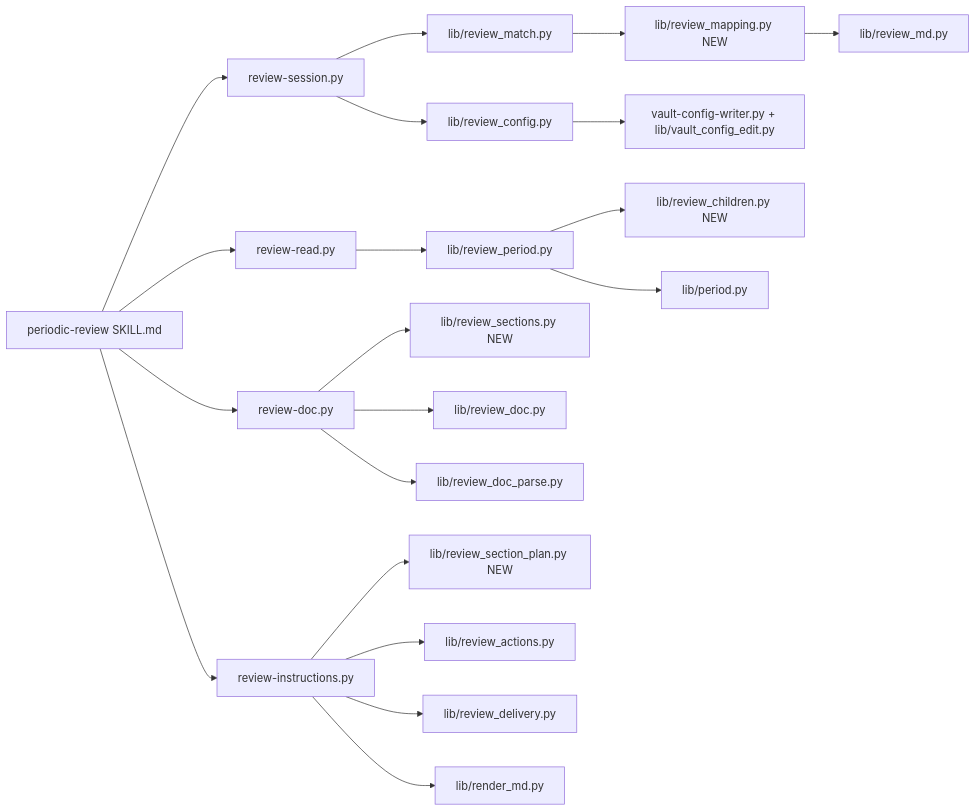
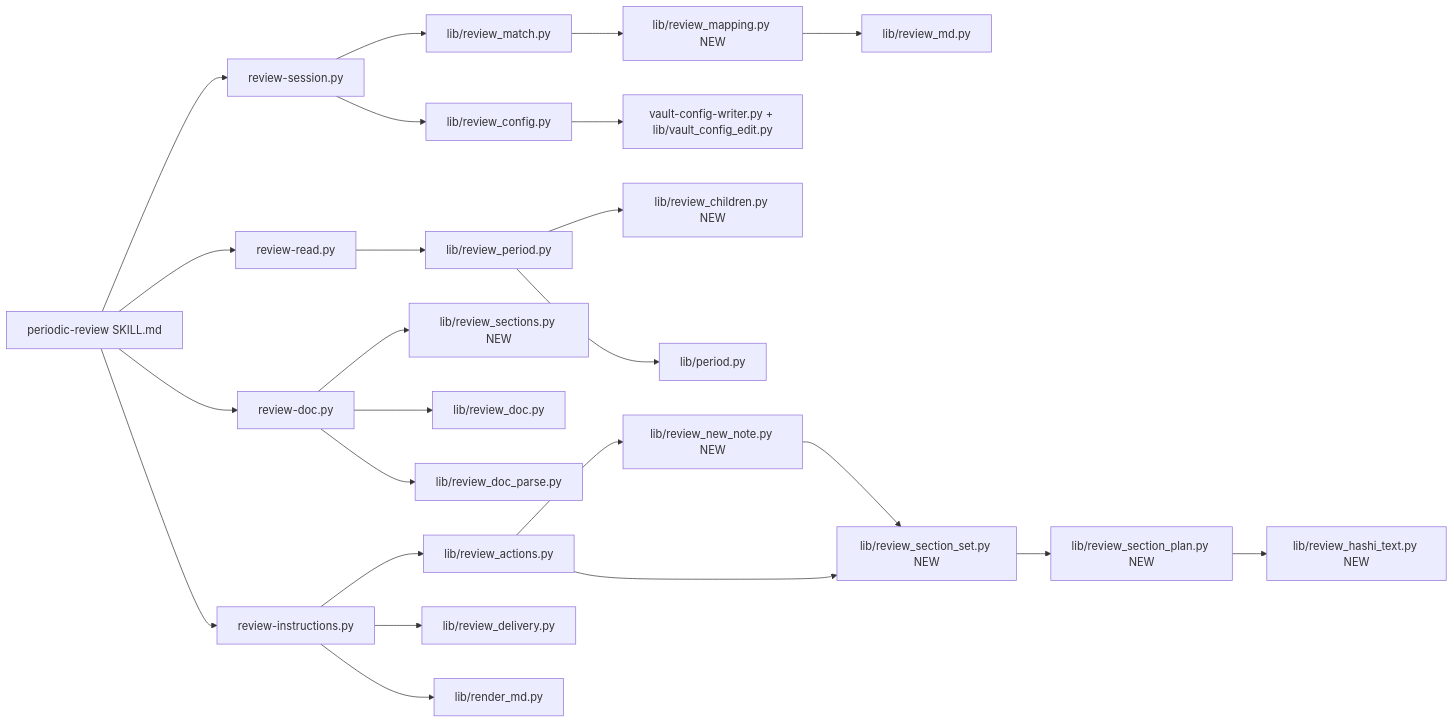
One commit to MMoMM-org/miyo-tomo changed the second of 3 diagrams in docs/XDD/specs/046-review-template-sections/solution.md. Above: the diagram before and after it, drawn with Mermaid. The commit also changed other lines of this file and 4 other files, not shown here.

````diff
--- a/docs/XDD/specs/046-review-template-sections/solution.md
+++ b/docs/XDD/specs/046-review-template-sections/solution.md
@@ -319,22 +319,26 @@
 ```mermaid
 graph LR
     Skill[periodic-review SKILL.md] --> Session[review-session.py]
     Session --> Match[lib/review_match.py]
     Match --> Mapping[lib/review_mapping.py NEW]
     Mapping --> MD[lib/review_md.py]
     Session --> Config[lib/review_config.py]
     Config --> Writer[vault-config-writer.py + lib/vault_config_edit.py]
     Skill --> Read[review-read.py]
     Read --> PeriodRead[lib/review_period.py]
     PeriodRead --> Children[lib/review_children.py NEW]
     PeriodRead --> Period[lib/period.py]
     Skill --> Doc[review-doc.py]
     Doc --> Sections[lib/review_sections.py NEW]
     Doc --> DocLib[lib/review_doc.py]
     Doc --> Parse[lib/review_doc_parse.py]
     Skill --> Instr[review-instructions.py]
-    Instr --> SectionPlan[lib/review_section_plan.py NEW]
     Instr --> Actions[lib/review_actions.py]
+    Actions --> NewNote[lib/review_new_note.py NEW]
+    NewNote --> SectionSet[lib/review_section_set.py NEW]
+    Actions --> SectionSet
+    SectionSet --> SectionPlan[lib/review_section_plan.py NEW]
+    SectionPlan --> HashiText[lib/review_hashi_text.py NEW]
     Instr --> Delivery[lib/review_delivery.py]
     Instr --> RenderMD[lib/render_md.py]
 ```
````
